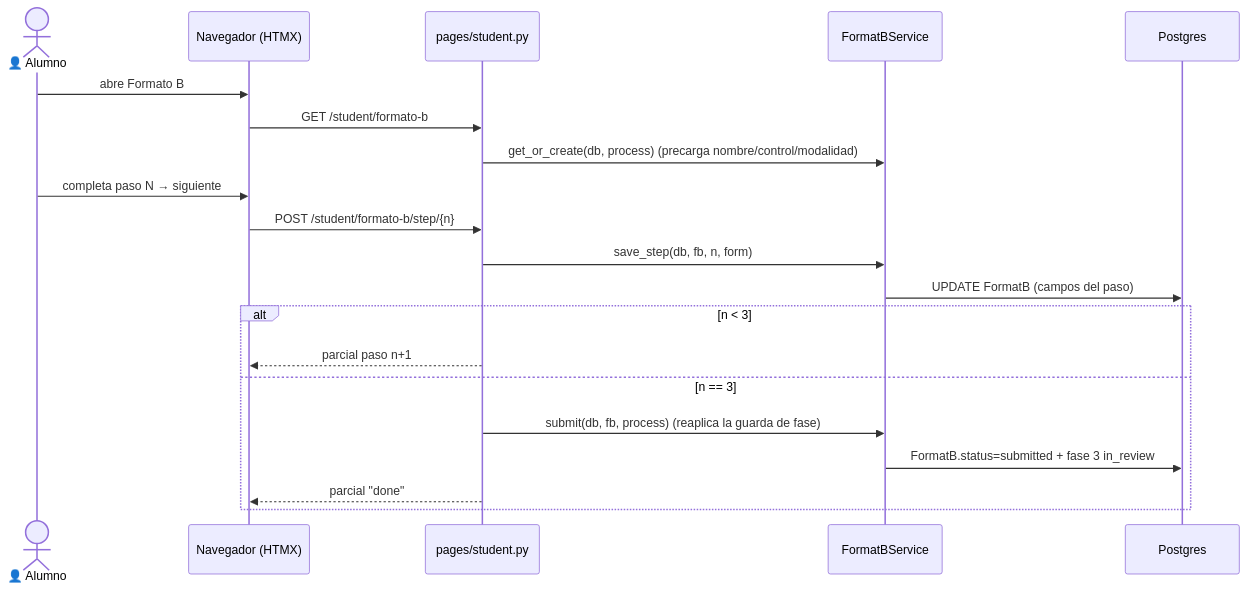
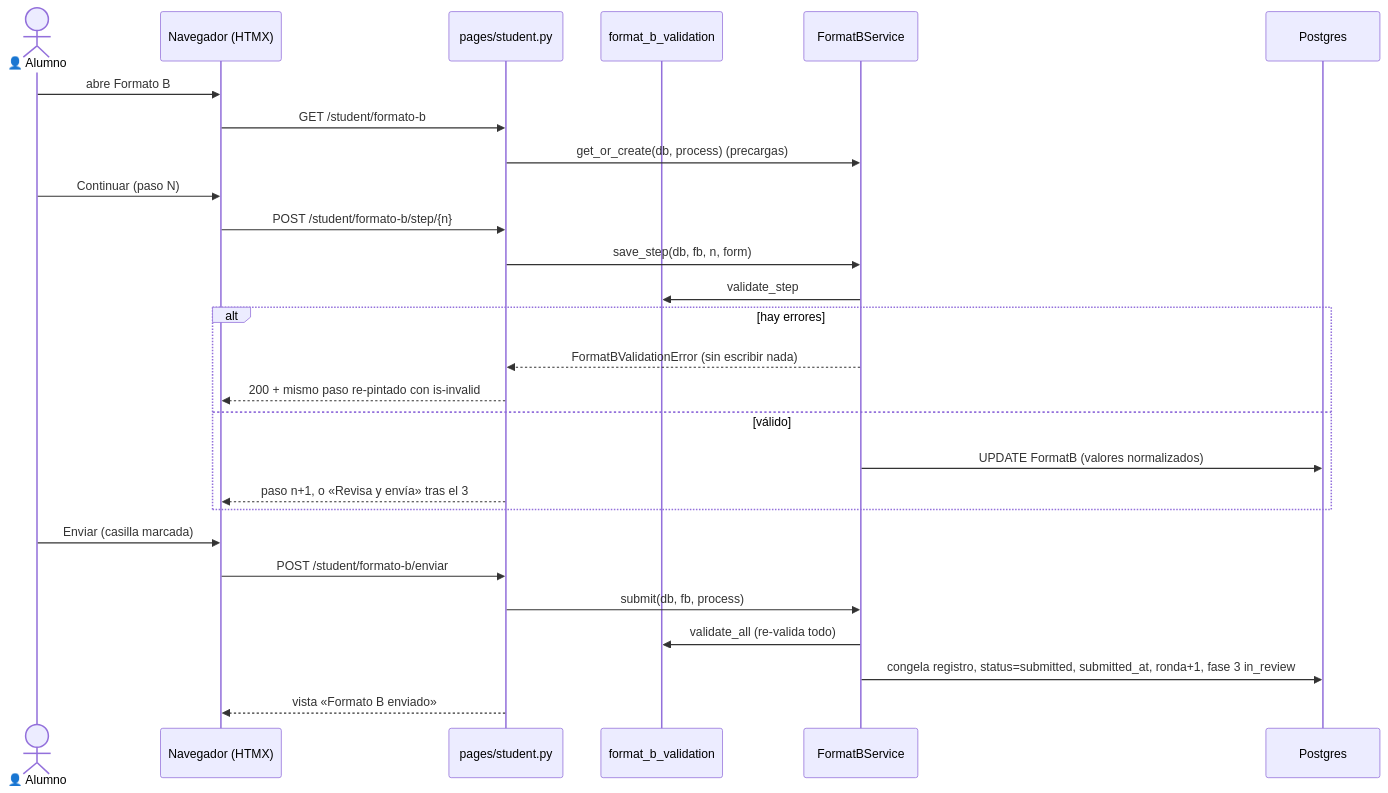
One commit to Erne1357/itcj changed the diagram in itcj2/apps/titulatec/docs/flows/phase3_student_formato_b.md. Above: the diagram before and after it, drawn with Mermaid. The commit also changed other lines of this file and 9 other files, not shown here.

First line of the commit message:
docs(titulatec): flujos del Formato B y de la pestana Titulacion

````diff
--- a/itcj2/apps/titulatec/docs/flows/phase3_student_formato_b.md
+++ b/itcj2/apps/titulatec/docs/flows/phase3_student_formato_b.md
@@ -24,22 +34,29 @@
 ```mermaid
 sequenceDiagram
     actor U as 👤 Alumno
     participant FE as Navegador (HTMX)
     participant API as pages/student.py
+    participant VAL as format_b_validation
     participant SVC as FormatBService
     participant DB as Postgres
     U->>FE: abre Formato B
     FE->>API: GET /student/formato-b
-    API->>SVC: get_or_create(db, process) (precarga nombre/control/modalidad)
-    U->>FE: completa paso N → siguiente
+    API->>SVC: get_or_create(db, process) (precargas)
+    U->>FE: Continuar (paso N)
     FE->>API: POST /student/formato-b/step/{n}
     API->>SVC: save_step(db, fb, n, form)
-    SVC->>DB: UPDATE FormatB (campos del paso)
-    alt n < 3
-        API-->>FE: parcial paso n+1
-    else n == 3
-        API->>SVC: submit(db, fb, process)  (reaplica la guarda de fase)
-        SVC->>DB: FormatB.status=submitted + fase 3 in_review
-        API-->>FE: parcial "done"
+    SVC->>VAL: validate_step
+    alt hay errores
+        SVC-->>API: FormatBValidationError (sin escribir nada)
+        API-->>FE: 200 + mismo paso re-pintado con is-invalid
+    else válido
+        SVC->>DB: UPDATE FormatB (valores normalizados)
+        API-->>FE: paso n+1, o «Revisa y envía» tras el 3
     end
+    U->>FE: Enviar (casilla marcada)
+    FE->>API: POST /student/formato-b/enviar
+    API->>SVC: submit(db, fb, process)
+    SVC->>VAL: validate_all (re-valida todo)
+    SVC->>DB: congela registro, status=submitted, submitted_at, ronda+1, fase 3 in_review
+    API-->>FE: vista «Formato B enviado»
 ```
````
